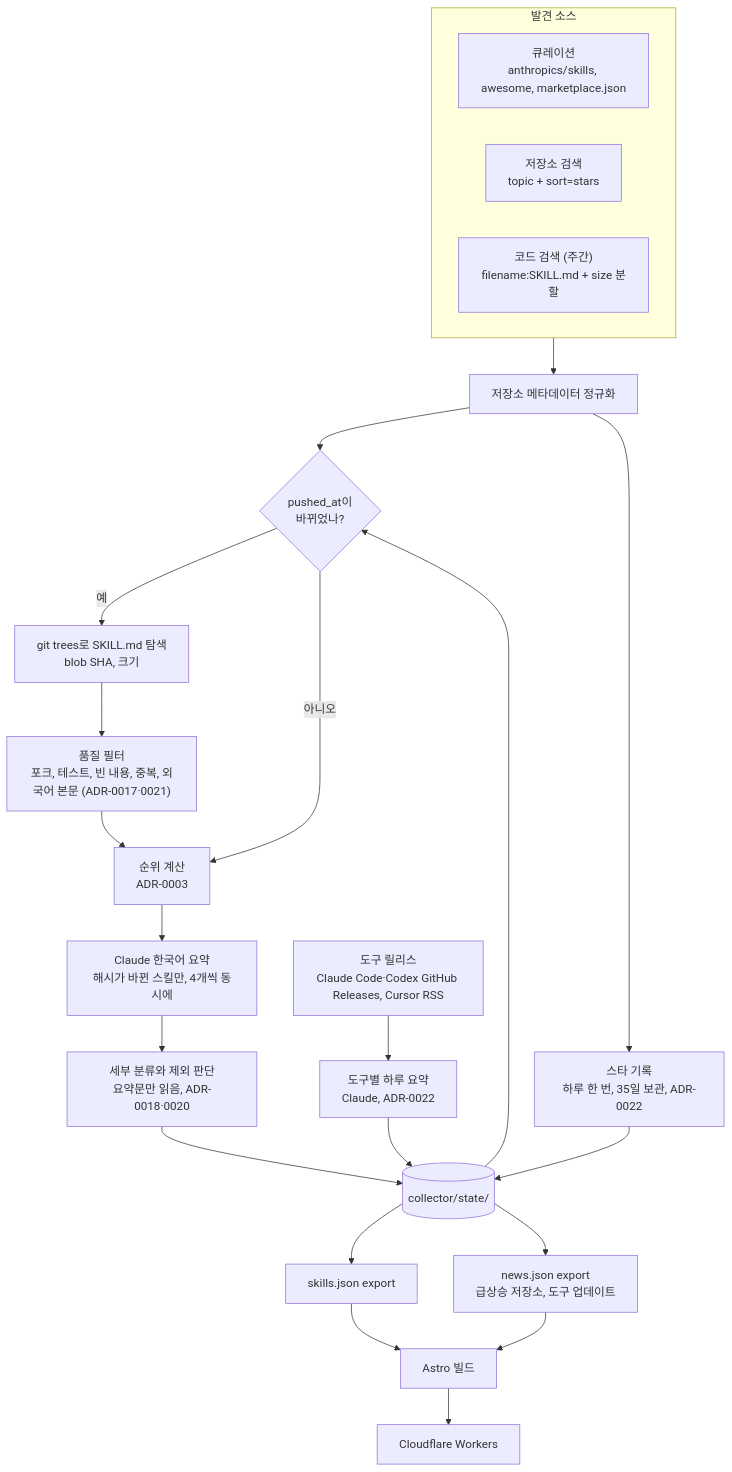
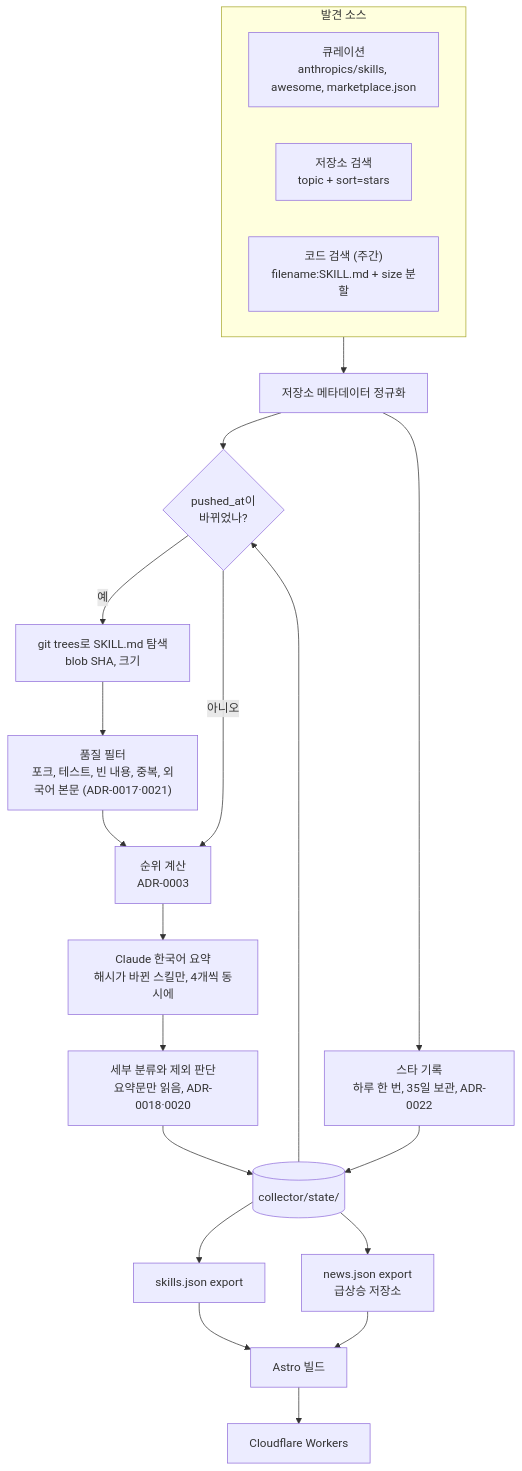
One commit to jhs3104/skillmoa changed the first of 2 diagrams in docs/data-flow.md. Above: the diagram before and after it, drawn with Mermaid. The commit also changed other lines of this file and 14 other files, not shown here.

````diff
--- a/docs/data-flow.md
+++ b/docs/data-flow.md
@@ -3,28 +3,26 @@
 ```mermaid
 flowchart TD
     subgraph sources["발견 소스"]
         curated["큐레이션<br/>anthropics/skills, awesome, marketplace.json"]
         topics["저장소 검색<br/>topic + sort=stars"]
         code["코드 검색 (주간)<br/>filename:SKILL.md + size 분할"]
     end
     state[("collector/state/")]
     sources --> metadata["저장소 메타데이터 정규화"]
     metadata --> gate{"pushed_at이<br/>바뀌었나?"}
     state --> gate
     gate -- 예 --> tree["git trees로 SKILL.md 탐색<br/>blob SHA, 크기"]
     gate -- 아니오 --> rank
     tree --> filter["품질 필터<br/>포크, 테스트, 빈 내용, 중복, 외국어 본문 (ADR-0017·0021)"]
     filter --> rank["순위 계산<br/>ADR-0003"]
     rank --> summarize["Claude 한국어 요약<br/>해시가 바뀐 스킬만, 4개씩 동시에"]
     summarize --> classify["세부 분류와 제외 판단<br/>요약문만 읽음, ADR-0018·0020"]
     classify --> state
     metadata --> stars["스타 기록<br/>하루 한 번, 35일 보관, ADR-0022"]
     stars --> state
     state --> export["skills.json export"]
     export --> site["Astro 빌드"]
-    releases["도구 릴리스<br/>Claude Code·Codex GitHub Releases, Cursor RSS"] --> toolnews["도구별 하루 요약<br/>Claude, ADR-0022"]
-    toolnews --> state
-    state --> news["news.json export<br/>급상승 저장소, 도구 업데이트"]
+    state --> news["news.json export<br/>급상승 저장소"]
     news --> site
     site --> workers["Cloudflare Workers"]
 ```
````
